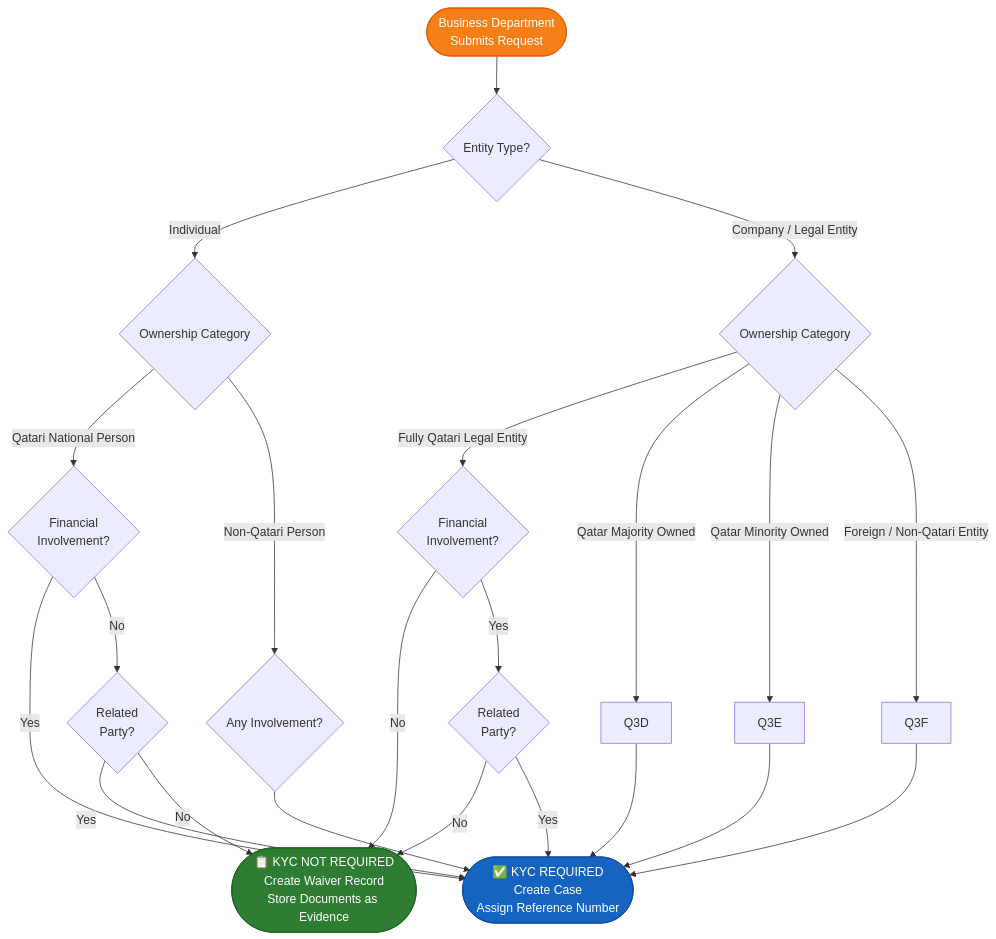
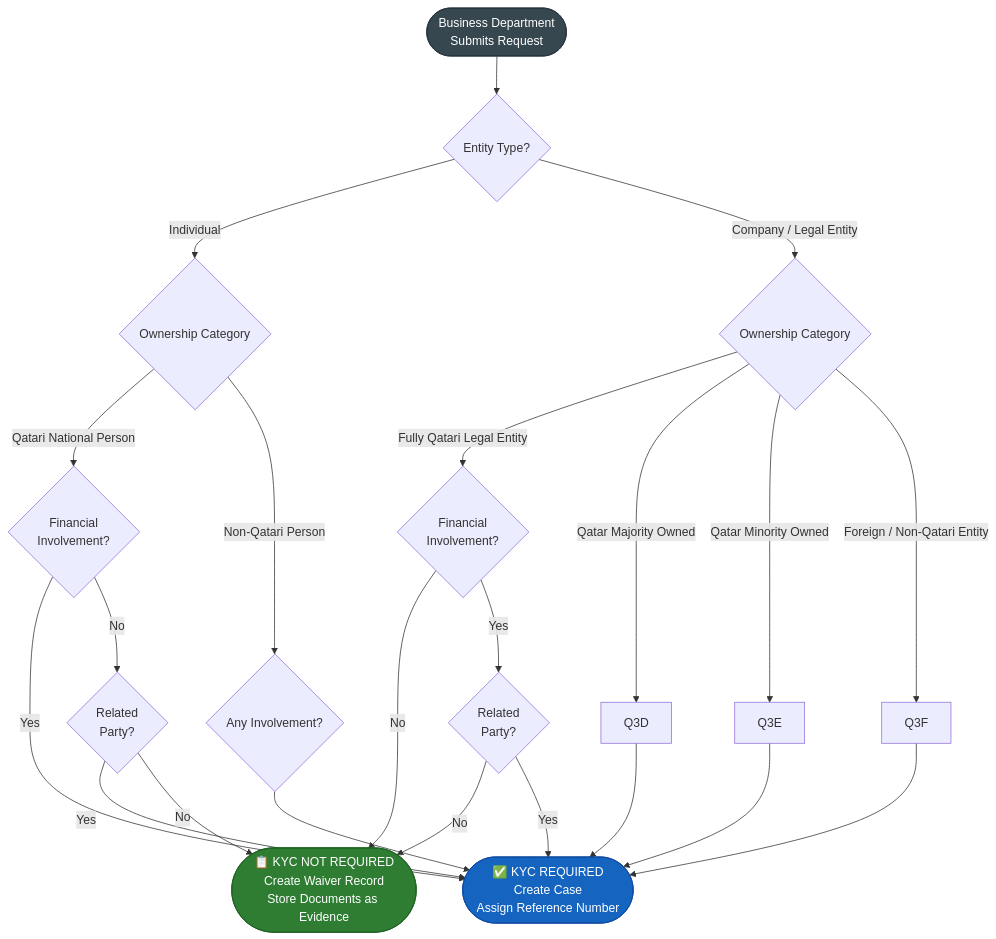
The diagram in docs/diagrams/kyc-necessity.md (mazharr-hussain/KycReport), drawn with Mermaid before and after one commit. The commit also changed 7 other files, not shown here.

First line of the commit message:
Fix low-contrast diagram colours — replace amber with dark slate

````diff
--- a/docs/diagrams/kyc-necessity.md
+++ b/docs/diagrams/kyc-necessity.md
@@ -11,47 +11,47 @@
 ```mermaid
 flowchart TD
     START([Business Department\nSubmits Request]) --> Q1
 
     Q1{Entity Type?}
     Q1 -->|Individual| Q2_IND
     Q1 -->|Company / Legal Entity| Q2_LE
 
     Q2_IND{Ownership Category}
     Q2_IND -->|Qatari National Person| Q3A
     Q2_IND -->|Non-Qatari Person| Q3B
 
     Q2_LE{Ownership Category}
     Q2_LE -->|Fully Qatari Legal Entity| Q3C
     Q2_LE -->|Qatar Majority Owned| Q3D
     Q2_LE -->|Qatar Minority Owned| Q3E
     Q2_LE -->|Foreign / Non-Qatari Entity| Q3F
 
     Q3A{Financial\nInvolvement?}
     Q3A -->|Yes| REQUIRED
     Q3A -->|No| Q4A
 
     Q4A{Related\nParty?}
     Q4A -->|Yes| REQUIRED
     Q4A -->|No| NOT_REQUIRED
 
     Q3B{Any Involvement?} --> REQUIRED
 
     Q3C{Financial\nInvolvement?}
     Q3C -->|No| NOT_REQUIRED
     Q3C -->|Yes| Q5C
 
     Q5C{Related\nParty?}
     Q5C -->|No| NOT_REQUIRED
     Q5C -->|Yes| REQUIRED
 
     Q3D --> REQUIRED
     Q3E --> REQUIRED
     Q3F --> REQUIRED
 
     REQUIRED([✅ KYC REQUIRED\nCreate Case\nAssign Reference Number])
     NOT_REQUIRED([📋 KYC NOT REQUIRED\nCreate Waiver Record\nStore Documents as Evidence])
 
     style REQUIRED fill:#1565C0,color:#fff,stroke:#0D47A1
     style NOT_REQUIRED fill:#2E7D32,color:#fff,stroke:#1B5E20
-    style START fill:#F57F17,color:#fff,stroke:#E65100
+    style START fill:#37474F,color:#fff,stroke:#263238
 ```
````
